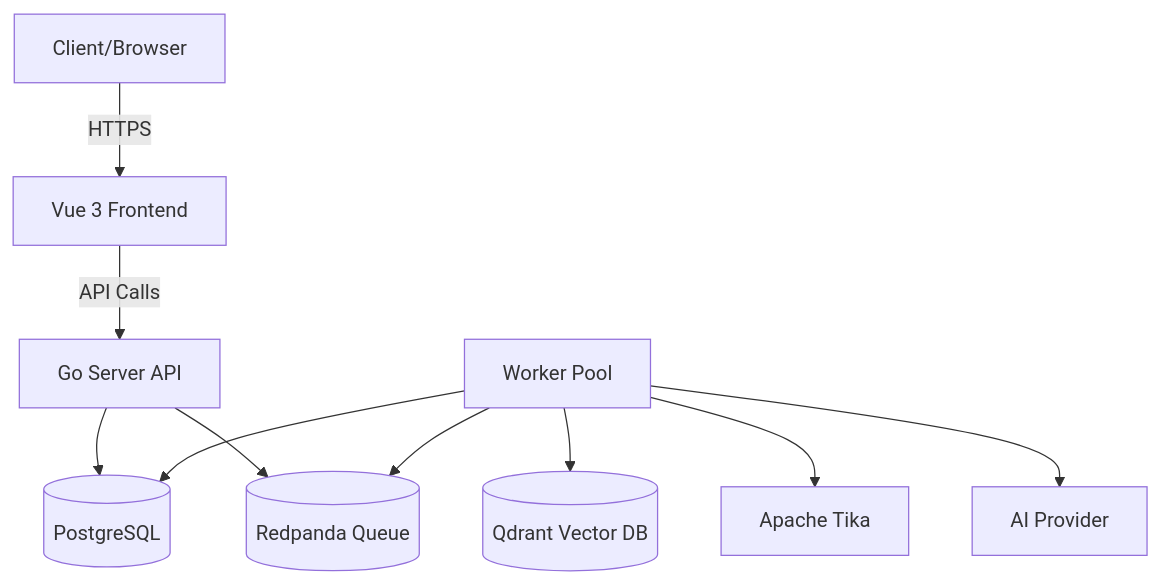
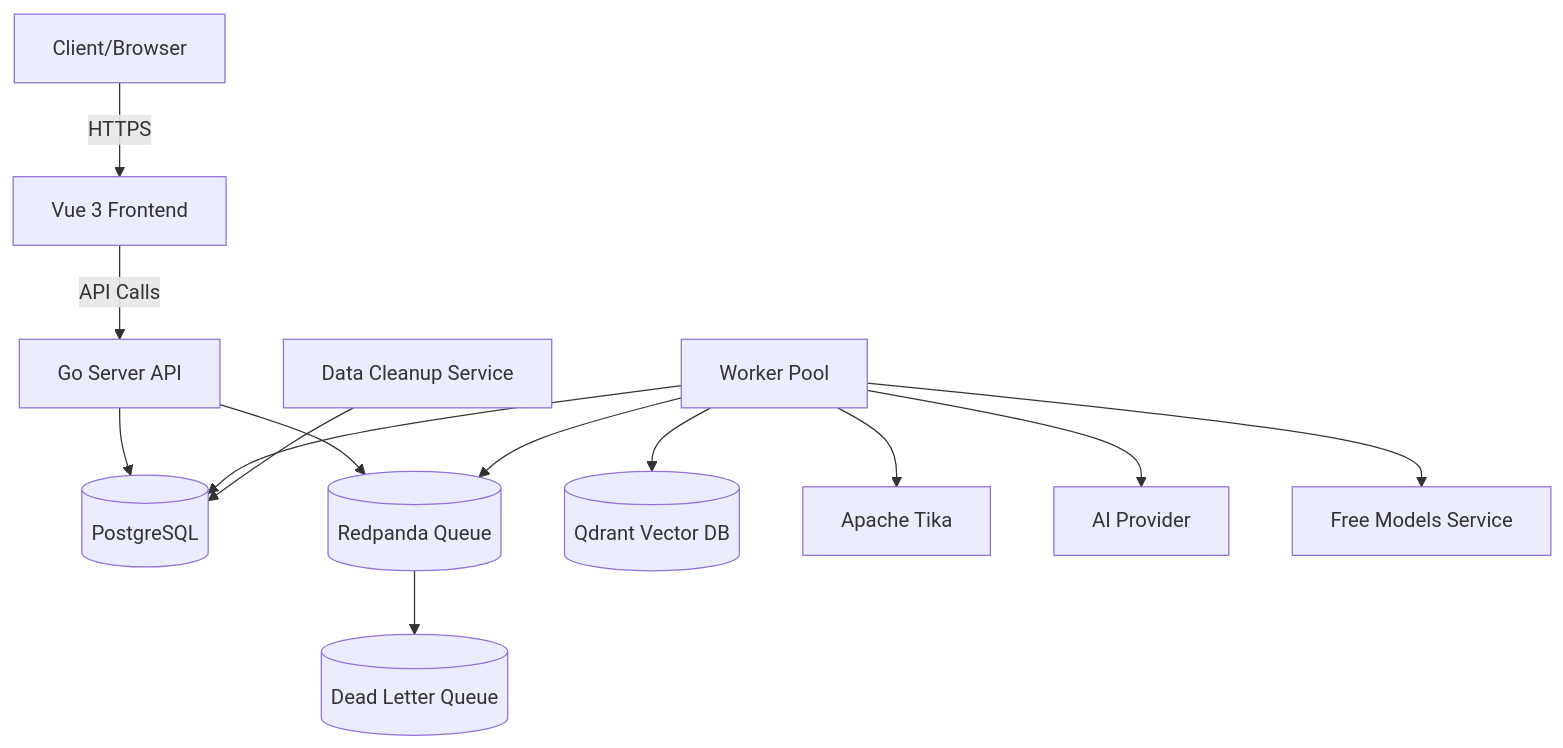
One commit to fairyhunter13/ai-cv-evaluator changed the first of 3 diagrams in docs/architecture/ARCHITECTURE.md. Above: the diagram before and after it, drawn with Mermaid. The commit also changed other lines of this file and 35 other files, not shown here.

````diff
--- a/docs/architecture/ARCHITECTURE.md
+++ b/docs/architecture/ARCHITECTURE.md
@@ -7,22 +7,28 @@
 ```mermaid
 graph TB
     Client[Client/Browser]
     Frontend[Vue 3 Frontend]
     Server[Go Server API]
     Worker[Worker Pool]
     DB[(PostgreSQL)]
     Queue[(Redpanda Queue)]
+    DLQ[(Dead Letter Queue)]
     Vector[(Qdrant Vector DB)]
     Tika[Apache Tika]
     AI[AI Provider]
+    FreeModels[Free Models Service]
+    Cleanup[Data Cleanup Service]
     
     Client -->|HTTPS| Frontend
     Frontend -->|API Calls| Server
     Server --> DB
     Server --> Queue
     Worker --> Queue
     Worker --> DB
     Worker --> Vector
     Worker --> Tika
     Worker --> AI
+    Worker --> FreeModels
+    Queue --> DLQ
+    Cleanup --> DB
 ```
````
